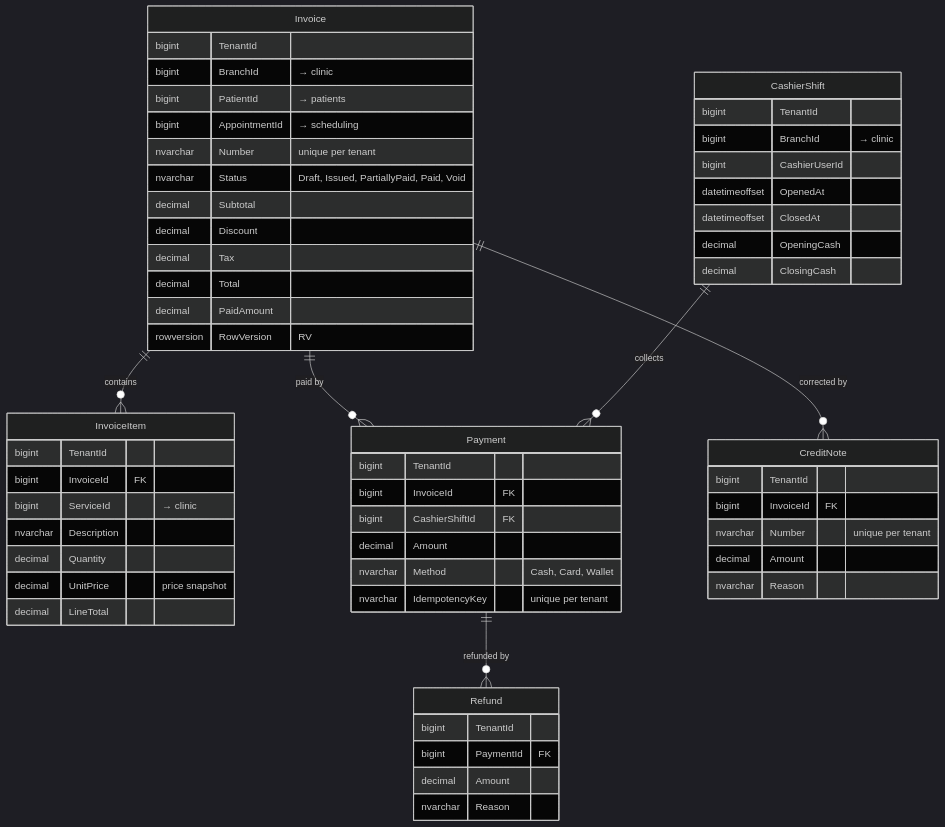
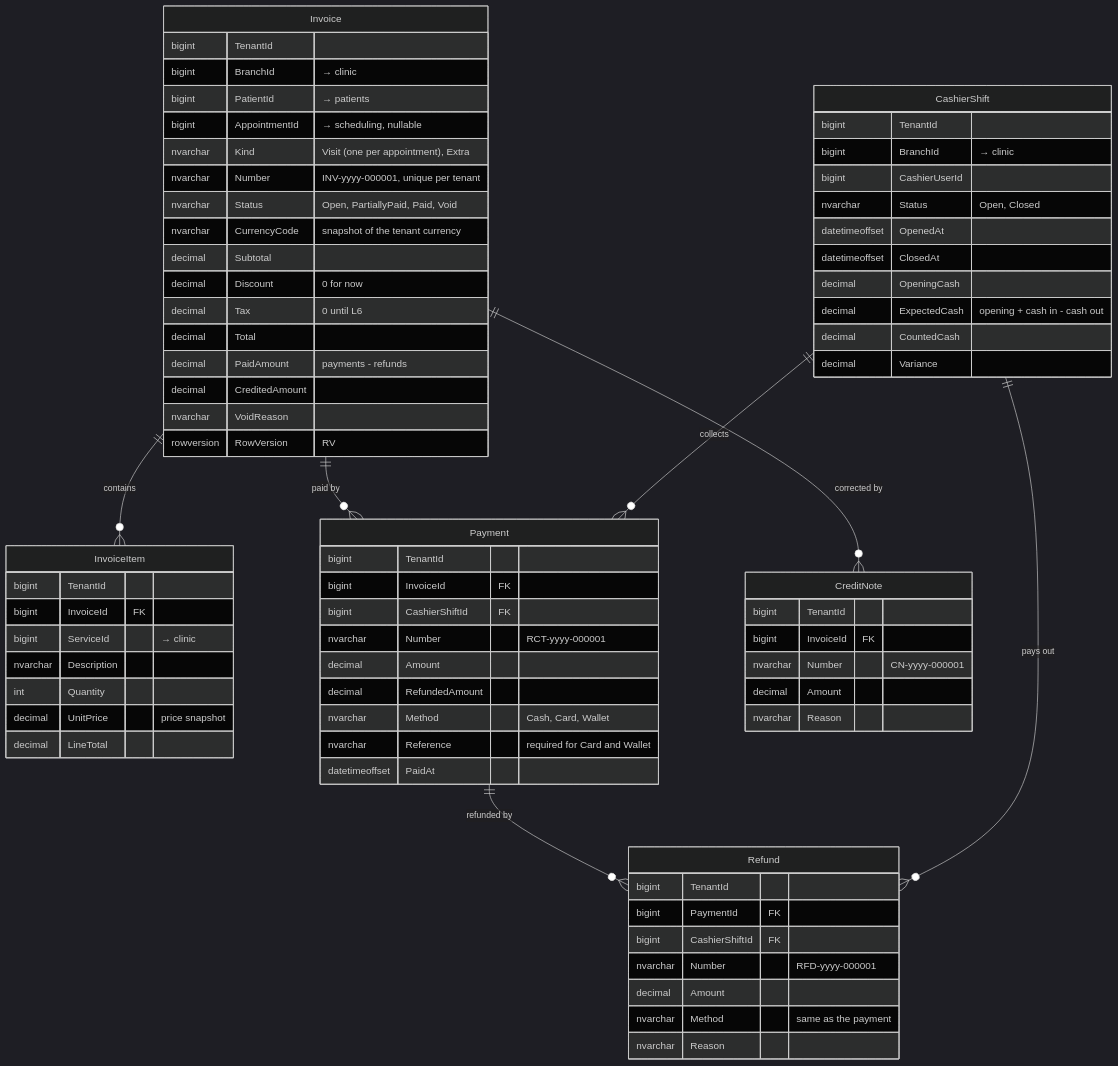
The seventh of 8 diagrams in docs/architecture/database-design.md (mohameabdelsalm/shifa-clinic), drawn with Mermaid (dark theme) before and after one commit. The commit also changed other lines of this file and 5 other files, not shown here.

````diff
--- a/docs/architecture/database-design.md
+++ b/docs/architecture/database-design.md
@@ -402,61 +402,75 @@
 ```mermaid
 erDiagram
   Invoice ||--o{ InvoiceItem : contains
   Invoice ||--o{ Payment : "paid by"
   Payment ||--o{ Refund : "refunded by"
   Invoice ||--o{ CreditNote : "corrected by"
   CashierShift ||--o{ Payment : collects
+  CashierShift ||--o{ Refund : "pays out"
   Invoice {
     bigint TenantId
     bigint BranchId "→ clinic"
     bigint PatientId "→ patients"
-    bigint AppointmentId "→ scheduling"
-    nvarchar Number "unique per tenant"
-    nvarchar Status "Draft, Issued, PartiallyPaid, Paid, Void"
+    bigint AppointmentId "→ scheduling, nullable"
+    nvarchar Kind "Visit (one per appointment), Extra"
+    nvarchar Number "INV-yyyy-000001, unique per tenant"
+    nvarchar Status "Open, PartiallyPaid, Paid, Void"
+    nvarchar CurrencyCode "snapshot of the tenant currency"
     decimal Subtotal
-    decimal Discount
-    decimal Tax
+    decimal Discount "0 for now"
+    decimal Tax "0 until L6"
     decimal Total
-    decimal PaidAmount
+    decimal PaidAmount "payments - refunds"
+    decimal CreditedAmount
+    nvarchar VoidReason
     rowversion RowVersion "RV"
   }
   InvoiceItem {
     bigint TenantId
     bigint InvoiceId FK
     bigint ServiceId "→ clinic"
     nvarchar Description
-    decimal Quantity
+    int Quantity
     decimal UnitPrice "price snapshot"
     decimal LineTotal
   }
   Payment {
     bigint TenantId
     bigint InvoiceId FK
     bigint CashierShiftId FK
+    nvarchar Number "RCT-yyyy-000001"
     decimal Amount
+    decimal RefundedAmount
     nvarchar Method "Cash, Card, Wallet"
-    nvarchar IdempotencyKey "unique per tenant"
+    nvarchar Reference "required for Card and Wallet"
+    datetimeoffset PaidAt
   }
   Refund {
     bigint TenantId
     bigint PaymentId FK
+    bigint CashierShiftId FK
+    nvarchar Number "RFD-yyyy-000001"
     decimal Amount
+    nvarchar Method "same as the payment"
     nvarchar Reason
   }
   CreditNote {
     bigint TenantId
     bigint InvoiceId FK
-    nvarchar Number "unique per tenant"
+    nvarchar Number "CN-yyyy-000001"
     decimal Amount
     nvarchar Reason
   }
   CashierShift {
     bigint TenantId
     bigint BranchId "→ clinic"
     bigint CashierUserId
+    nvarchar Status "Open, Closed"
     datetimeoffset OpenedAt
     datetimeoffset ClosedAt
     decimal OpeningCash
-    decimal ClosingCash
+    decimal ExpectedCash "opening + cash in - cash out"
+    decimal CountedCash
+    decimal Variance
   }
 ```
````
